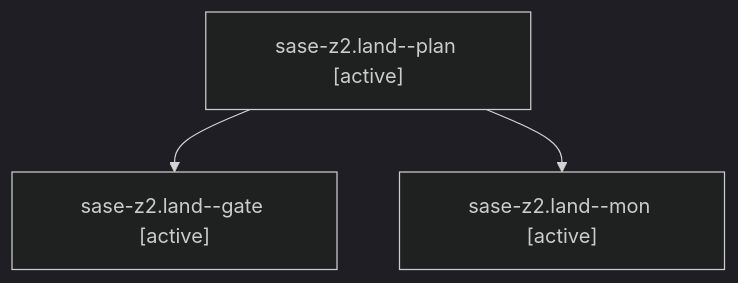
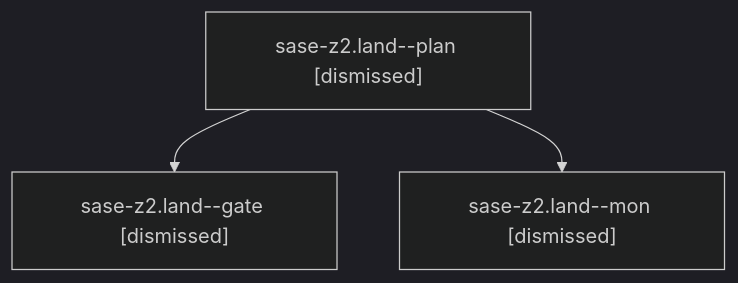
One commit to sase-org/sase--agents changed the diagram in sessions/bbugyi200.athena.sase-z2.land.md. Above: the diagram before and after it, drawn with Mermaid (dark theme). The commit also changed other lines of this file and 208 other files, not shown here.

````diff
--- a/sessions/bbugyi200.athena.sase-z2.land.md
+++ b/sessions/bbugyi200.athena.sase-z2.land.md
@@ -9,8 +9,8 @@
 ```mermaid
 flowchart TD
-  n0["sase-z2.land--plan [active]"]
-  n1["sase-z2.land--gate [active]"]
+  n0["sase-z2.land--plan [dismissed]"]
+  n1["sase-z2.land--gate [dismissed]"]
   n0 --> n1
-  n2["sase-z2.land--mon [active]"]
+  n2["sase-z2.land--mon [dismissed]"]
   n0 --> n2
 ```
````
